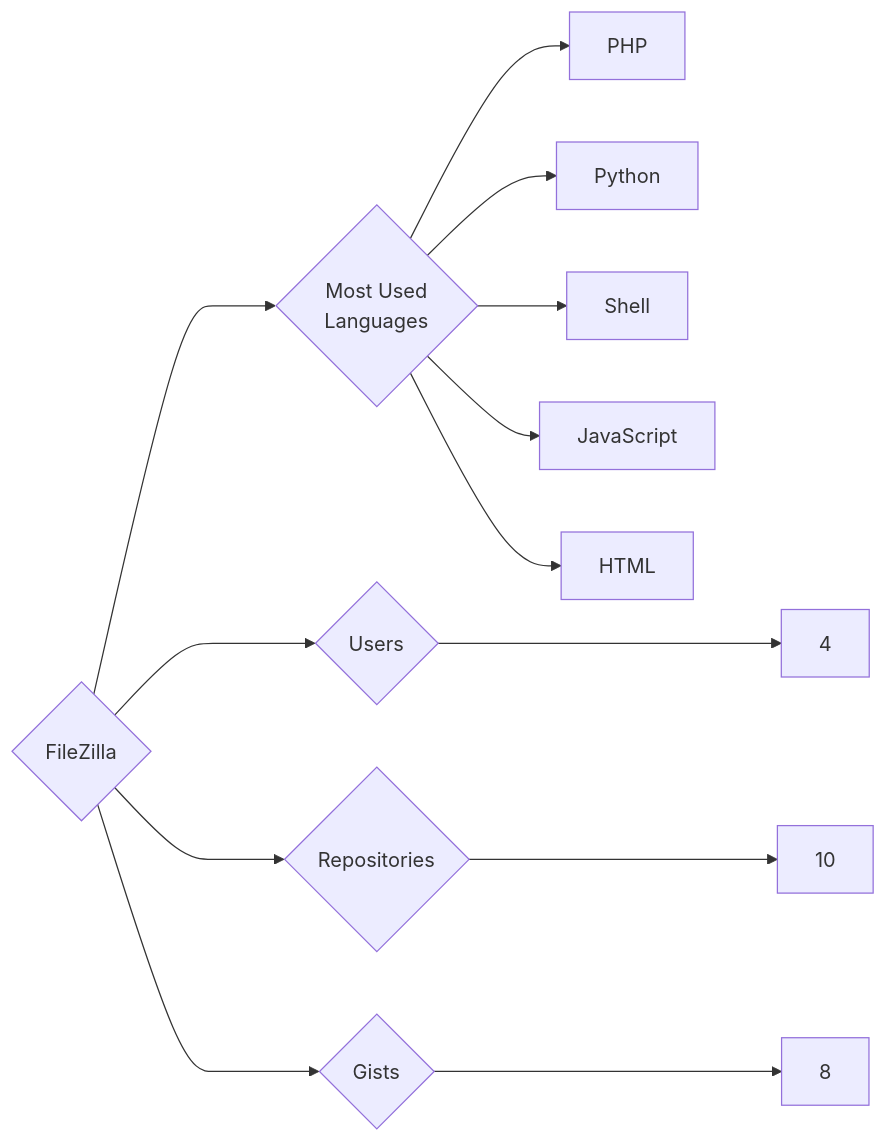
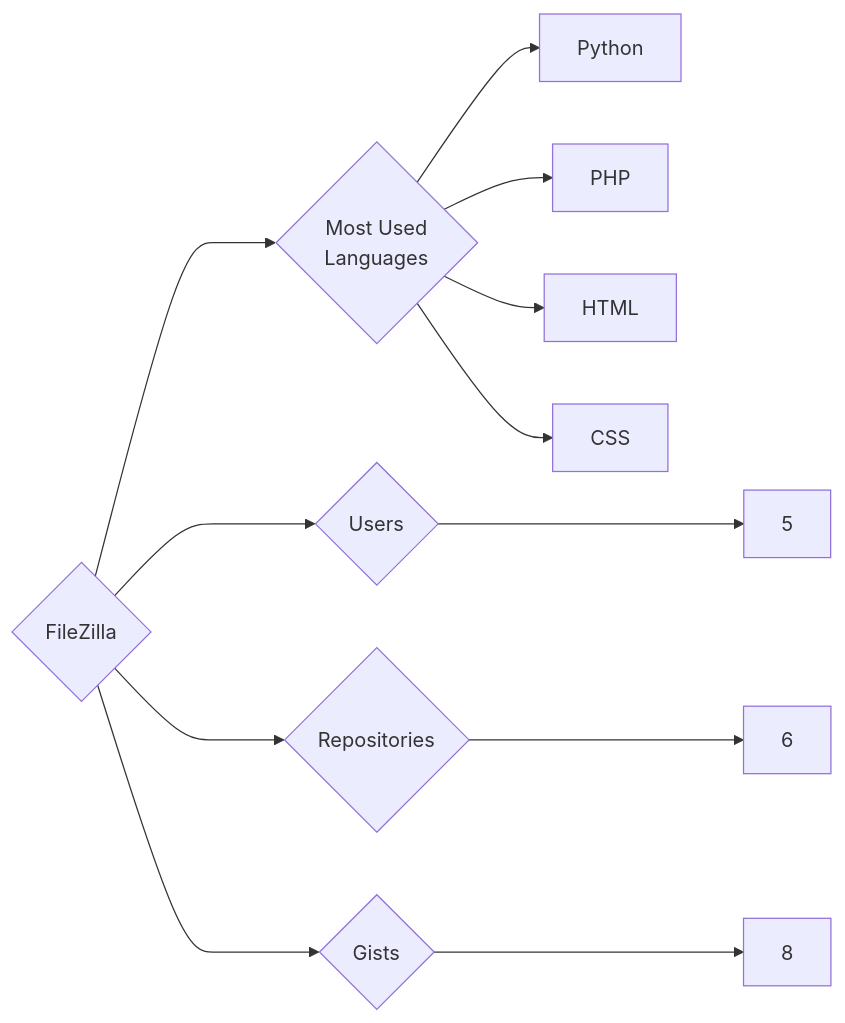
One commit to trickest/insiders changed the diagram in targets/FileZilla/README.md. Above: the diagram before and after it, drawn with Mermaid. The commit also changed 776 other files, not shown here.

````diff
--- a/targets/FileZilla/README.md
+++ b/targets/FileZilla/README.md
@@ -3,13 +3,12 @@
 ```mermaid
 graph LR
 COMPANY_NAME{FileZilla}
-COMPANY_NAME ---> U{Users} ---> UN[4]
-COMPANY_NAME ---> R{Repositories} ---> RN[10]
+COMPANY_NAME ---> U{Users} ---> UN[5]
+COMPANY_NAME ---> R{Repositories} ---> RN[6]
 COMPANY_NAME ---> G{Gists} ---> GN[8]
 COMPANY_NAME ---> ML{Most Used<br>Languages}
+ML --> Python[Python]
 ML --> PHP[PHP]
-ML --> Python[Python]
-ML --> Shell[Shell]
-ML --> JavaScript[JavaScript]
 ML --> HTML[HTML]
+ML --> CSS[CSS]
 ```
````
